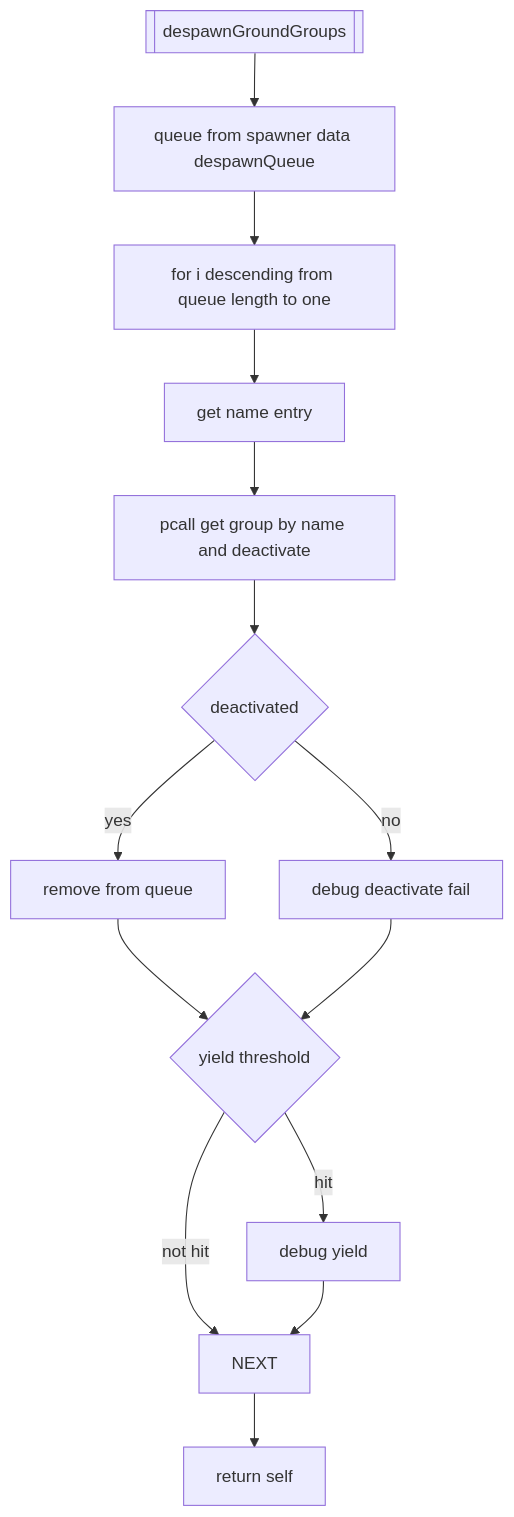
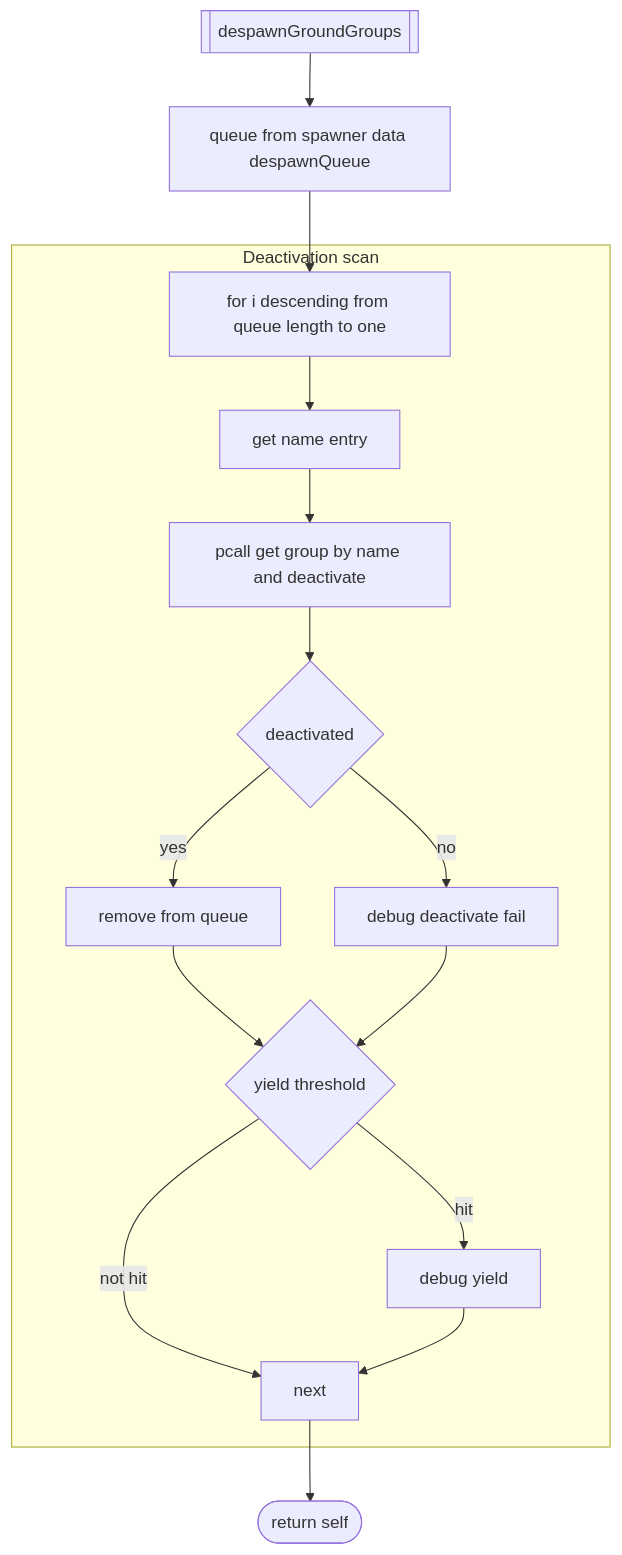
The third of 4 diagrams in docs/world/spawner_integration.md (Gh0st352/AETHR), drawn with Mermaid before and after one commit. The commit also changed other lines of this file and 7 other files, not shown here.

First line of the commit message:
docs(world, mermaid): normalize headings and standardize Mermaid diagrams

````diff
--- a/docs/world/spawner_integration.md
+++ b/docs/world/spawner_integration.md
@@ -76,16 +90,23 @@
 ```mermaid
+%% shared theme: docs/_mermaid/theme.json %%
 flowchart TD
   DSG[[despawnGroundGroups]] --> QD[queue from spawner data despawnQueue]
   QD --> LOOP[for i descending from queue length to one]
-  LOOP --> NAME[get name entry]
-  NAME --> TRY[pcall get group by name and deactivate]
-  TRY --> RES{deactivated}
-  RES -->|yes| REM[remove from queue]
-  RES -->|no| DBG[debug deactivate fail]
-  REM --> YLD{yield threshold}
-  DBG --> YLD
-  YLD -->|hit| CY[debug yield]
-  YLD -->|not hit| NEXT
-  CY --> NEXT
-  NEXT --> END[return self]
+  subgraph "Deactivation scan"
+    LOOP --> NAME[get name entry]
+    NAME --> TRY[pcall get group by name and deactivate]
+    TRY --> RES{deactivated}
+    RES -- "yes" --> REM[remove from queue]
+    RES -- "no" --> DBG[debug deactivate fail]
+    REM --> YLD{yield threshold}
+    DBG --> YLD
+    YLD -- "hit" --> CY[debug yield]
+    YLD -- "not hit" --> NEXT[next]
+    CY --> NEXT
+  end
+  NEXT --> END([return self])
+
+  class RES,YLD class_decision;
+  class END class_result;
+  class DSG,QD,LOOP,NAME,TRY,REM,DBG,CY,NEXT class_step;
 ```
````
